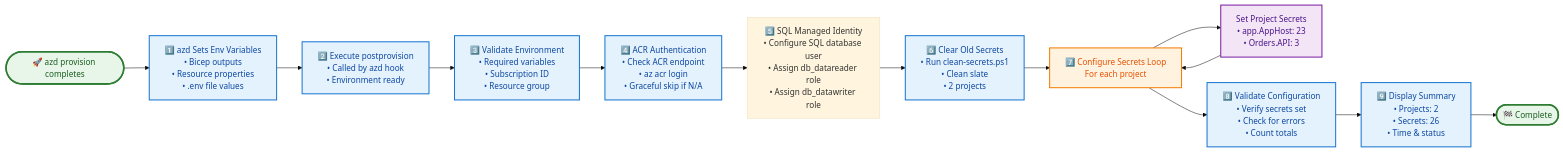
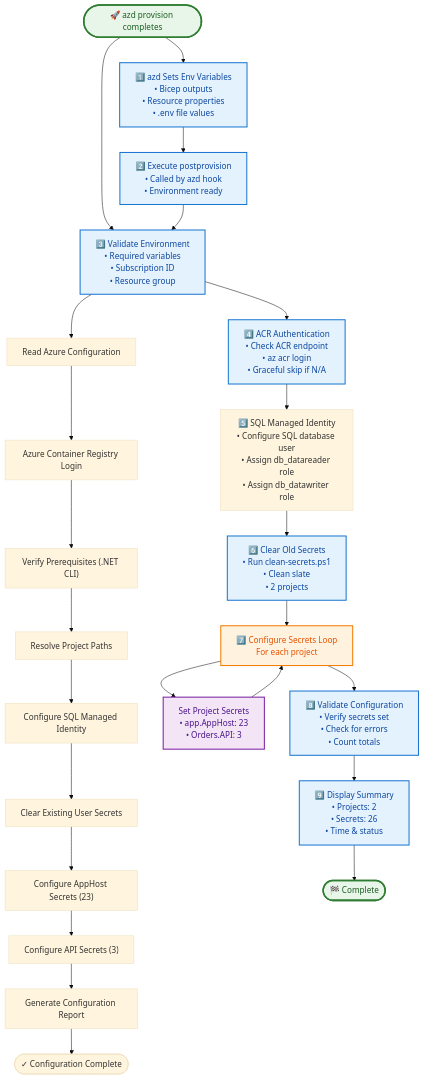
One commit to Evilazaro/Azure-LogicApps-Monitoring changed the diagram in hooks/postprovision.md. Above: the diagram before and after it, drawn with Mermaid (base theme). The commit also changed other lines of this file, not shown here.

Commit message:
Enhance postprovision.md to include SQL Database managed identity configuration; improve documentation clarity, error handling, and logging details for better usability

````diff
--- a/hooks/postprovision.md
+++ b/hooks/postprovision.md
@@ -401,38 +432,61 @@
 ```mermaid
-flowchart LR
+flowchart TD
     Start(["🚀 azd provision completes"])
+    Validate["Validate Environment Variables"]
+    ReadVars["Read Azure Configuration"]
+    ACRLogin["Azure Container Registry Login"]
+    VerifyTools["Verify Prerequisites (.NET CLI)"]
+    ResolveProjects["Resolve Project Paths"]
+    ConfigSQL["Configure SQL Managed Identity"]
+    ClearSecrets["Clear Existing User Secrets"]
+    ConfigAppHost["Configure AppHost Secrets (23)"]
+    ConfigAPI["Configure API Secrets (3)"]
+    Report["Generate Configuration Report"]
+    Complete(["✓ Configuration Complete"])
+    
+    Start --> Validate
+    Validate --> ReadVars
+    ReadVars --> ACRLogin
+    ACRLogin --> VerifyTools
+    VerifyTools --> ResolveProjects
+    ResolveProjects --> ConfigSQL
+    ConfigSQL --> ClearSecrets
+    ClearSecrets --> ConfigAppHost
+    ConfigAppHost --> ConfigAPI
+    ConfigAPI --> Report
+    Report --> Complete
     SetEnv["1️⃣ azd Sets Env Variables<br/>• Bicep outputs<br/>• Resource properties<br/>• .env file values"]
     Execute["2️⃣ Execute postprovision<br/>• Called by azd hook<br/>• Environment ready"]
     Validate["3️⃣ Validate Environment<br/>• Required variables<br/>• Subscription ID<br/>• Resource group"]
     ACRAuth["4️⃣ ACR Authentication<br/>• Check ACR endpoint<br/>• az acr login<br/>• Graceful skip if N/A"]
     SQLConfig["5️⃣ SQL Managed Identity<br/>• Configure SQL database user<br/>• Assign db_datareader role<br/>• Assign db_datawriter role"]
     Clear["6️⃣ Clear Old Secrets<br/>• Run clean-secrets.ps1<br/>• Clean slate<br/>• 2 projects"]
     ConfigLoop["7️⃣ Configure Secrets Loop<br/>For each project"]
     ConfigProject["Set Project Secrets<br/>• app.AppHost: 23<br/>• Orders.API: 3"]
     Validate2["8️⃣ Validate Configuration<br/>• Verify secrets set<br/>• Check for errors<br/>• Count totals"]
     Summary["9️⃣ Display Summary<br/>• Projects: 2<br/>• Secrets: 26<br/>• Time & status"]
     End(["🏁 Complete"])
     
     Start --> SetEnv
     SetEnv --> Execute
     Execute --> Validate
     Validate --> ACRAuth
     ACRAuth --> SQLConfig
     SQLConfig --> Clear
     Clear --> ConfigLoop
     ConfigLoop --> ConfigProject
     ConfigProject --> ConfigLoop
     ConfigLoop --> Validate2
     Validate2 --> Summary
     Summary --> End
     
     classDef startEnd fill:#e8f5e9,stroke:#2e7d32,stroke-width:3px,color:#1b5e20
     classDef process fill:#e3f2fd,stroke:#1976d2,stroke-width:2px,color:#0d47a1
     classDef config fill:#f3e5f5,stroke:#7b1fa2,stroke-width:2px,color:#4a148c
     classDef loop fill:#fff3e0,stroke:#f57c00,stroke-width:2px,color:#e65100
     
     class Start,End startEnd
     class SetEnv,Execute,Validate,ACRAuth,Clear,Validate2,Summary process
     class ConfigLoop loop
     class ConfigProject config
 ```
````
